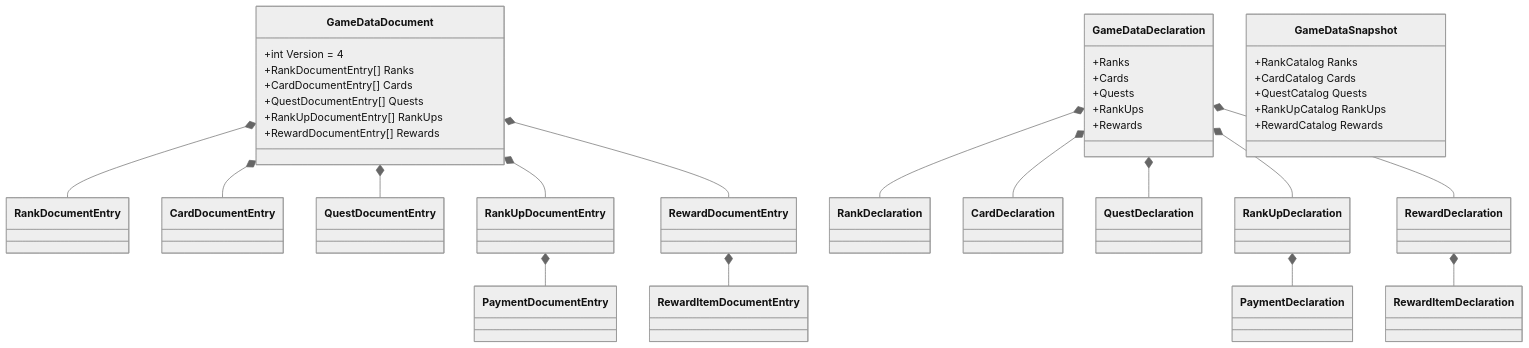
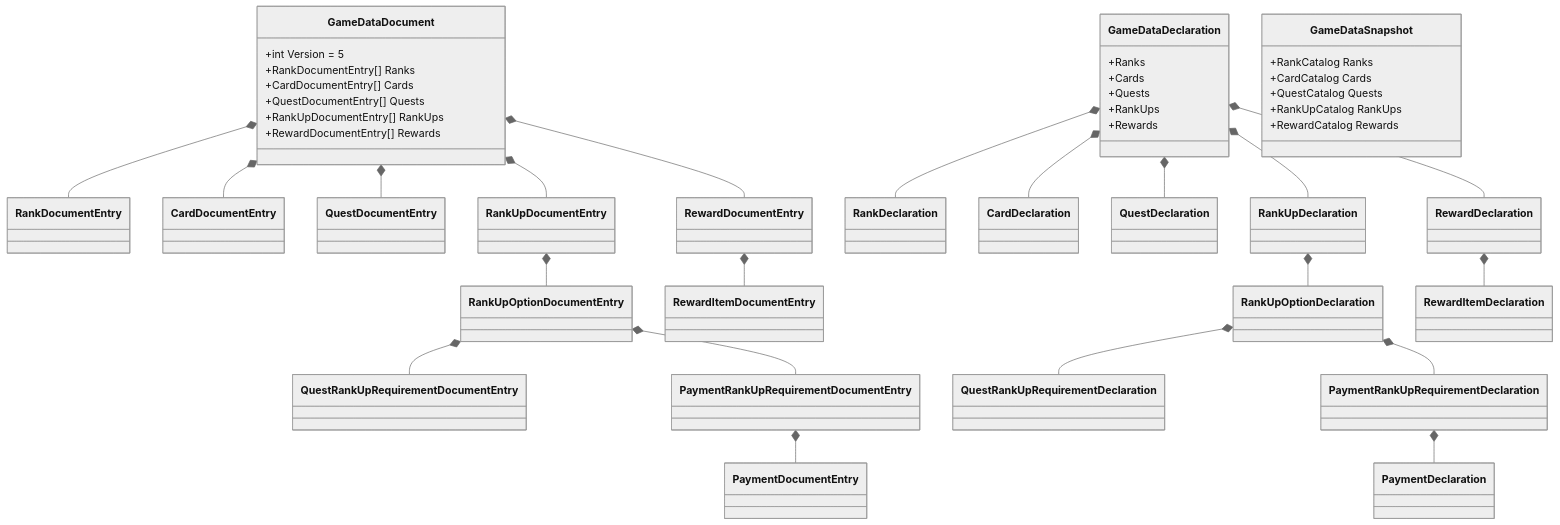
The second of 3 diagrams in Documentation/Architecture/Game-And-User-Data.md (SmailikMailik/ll-test), drawn with Mermaid (neutral theme) before and after one commit. The commit also changed other lines of this file and 130 other files, not shown here.

````diff
--- a/Documentation/Architecture/Game-And-User-Data.md
+++ b/Documentation/Architecture/Game-And-User-Data.md
@@ -149,41 +154,47 @@
 ```mermaid
 classDiagram
     class GameDataDocument {
-        +int Version = 4
+        +int Version = 5
         +RankDocumentEntry[] Ranks
         +CardDocumentEntry[] Cards
         +QuestDocumentEntry[] Quests
         +RankUpDocumentEntry[] RankUps
         +RewardDocumentEntry[] Rewards
     }
     class GameDataDeclaration {
         +Ranks
         +Cards
         +Quests
         +RankUps
         +Rewards
     }
     class GameDataSnapshot {
         +RankCatalog Ranks
         +CardCatalog Cards
         +QuestCatalog Quests
         +RankUpCatalog RankUps
         +RewardCatalog Rewards
     }
 
     GameDataDocument *-- RankDocumentEntry
     GameDataDocument *-- CardDocumentEntry
     GameDataDocument *-- QuestDocumentEntry
     GameDataDocument *-- RankUpDocumentEntry
     GameDataDocument *-- RewardDocumentEntry
-    RankUpDocumentEntry *-- PaymentDocumentEntry
+    RankUpDocumentEntry *-- RankUpOptionDocumentEntry
+    RankUpOptionDocumentEntry *-- QuestRankUpRequirementDocumentEntry
+    RankUpOptionDocumentEntry *-- PaymentRankUpRequirementDocumentEntry
+    PaymentRankUpRequirementDocumentEntry *-- PaymentDocumentEntry
     RewardDocumentEntry *-- RewardItemDocumentEntry
 
     GameDataDeclaration *-- RankDeclaration
     GameDataDeclaration *-- CardDeclaration
     GameDataDeclaration *-- QuestDeclaration
     GameDataDeclaration *-- RankUpDeclaration
     GameDataDeclaration *-- RewardDeclaration
-    RankUpDeclaration *-- PaymentDeclaration
+    RankUpDeclaration *-- RankUpOptionDeclaration
+    RankUpOptionDeclaration *-- QuestRankUpRequirementDeclaration
+    RankUpOptionDeclaration *-- PaymentRankUpRequirementDeclaration
+    PaymentRankUpRequirementDeclaration *-- PaymentDeclaration
     RewardDeclaration *-- RewardItemDeclaration
 ```
````
